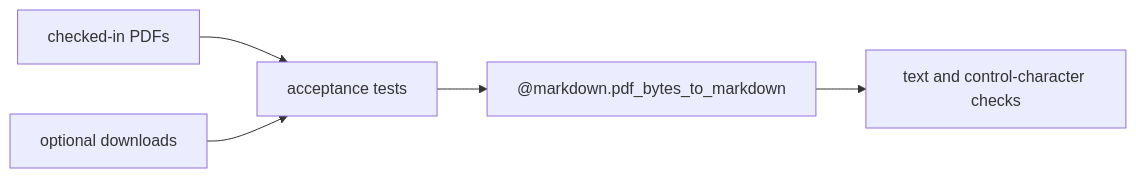
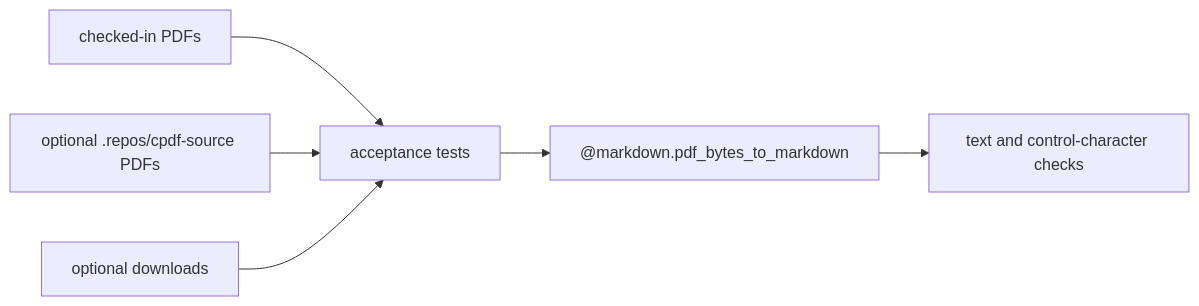
Before and after one commit to moonbitlang/office.mbt: the diagram in pdflite/markdown/fixture_acceptance/README.mbt.md, drawn with Mermaid. The commit also changed other lines of this file and 2 other files, not shown here.

Commit message:
Gate cpdf source manual Markdown extraction

````diff
--- a/pdflite/markdown/fixture_acceptance/README.mbt.md
+++ b/pdflite/markdown/fixture_acceptance/README.mbt.md
@@ -7,7 +8,8 @@
 ```mermaid
 flowchart LR
   Local[checked-in PDFs] --> Tests[acceptance tests]
+  Source[optional .repos/cpdf-source PDFs] --> Tests
   External[optional downloads] --> Tests
   Tests --> Extract["@markdown.pdf_bytes_to_markdown"]
   Extract --> Assertions[text and control-character checks]
 ```
````
